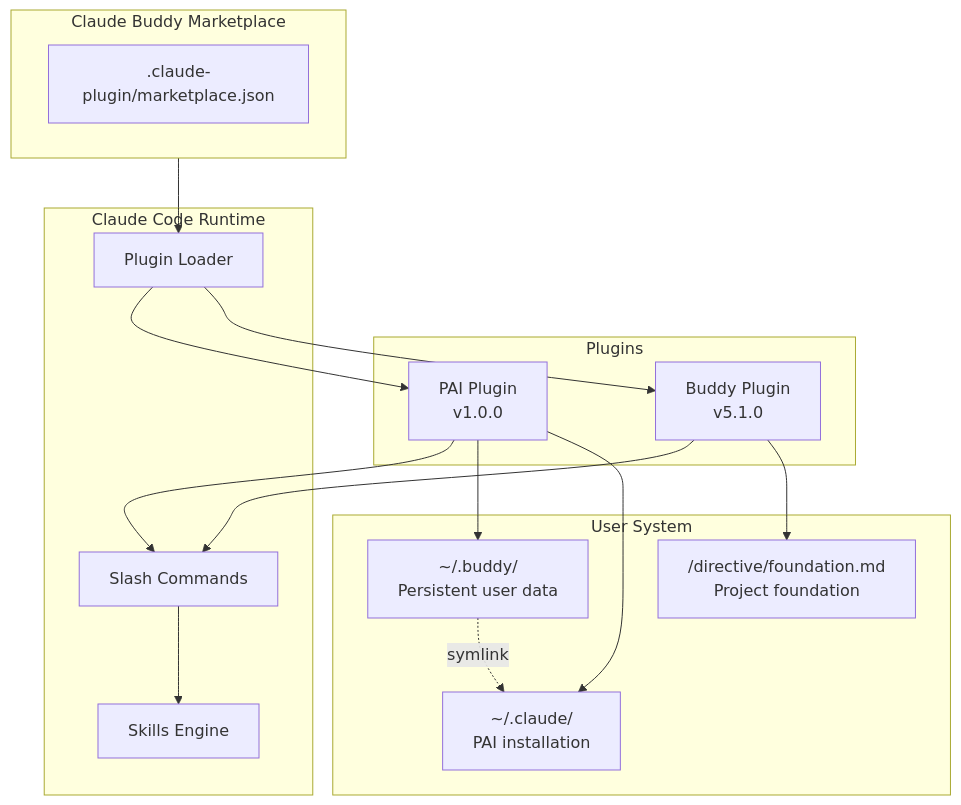
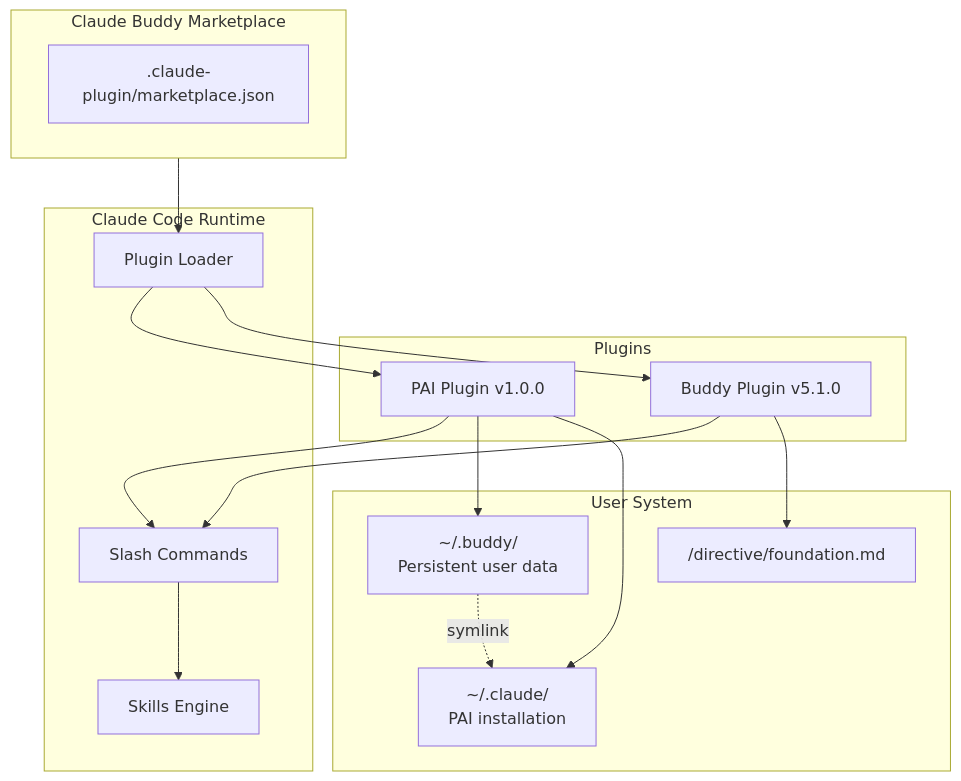
Before and after one commit to rsts-dev/claude-buddy-marketplace: the first of 2 diagrams in docs/architecture.md, drawn with Mermaid. The commit also changed other lines of this file and 21 other files, not shown here.

````diff
--- a/docs/architecture.md
+++ b/docs/architecture.md
@@ -7,34 +9,34 @@
 ```mermaid
 graph TB
     subgraph Marketplace["Claude Buddy Marketplace"]
         MJ[".claude-plugin/marketplace.json"]
     end
 
     subgraph Plugins
-        PAI["PAI Plugin<br/>v1.0.0"]
-        Buddy["Buddy Plugin<br/>v5.1.0"]
+        PAI["PAI Plugin v1.0.0"]
+        Buddy["Buddy Plugin v5.1.0"]
     end
 
     subgraph ClaudeCode["Claude Code Runtime"]
         CC["Plugin Loader"]
         Commands["Slash Commands"]
         Skills["Skills Engine"]
     end
 
     subgraph UserSystem["User System"]
         BuddyDir["~/.buddy/<br/>Persistent user data"]
         ClaudeDir["~/.claude/<br/>PAI installation"]
-        ProjectDir["/directive/foundation.md<br/>Project foundation"]
+        ProjectDir["/directive/foundation.md"]
     end
 
     Marketplace --> CC
     CC --> PAI
     CC --> Buddy
     PAI --> Commands
     Buddy --> Commands
     Commands --> Skills
     PAI --> BuddyDir
     PAI --> ClaudeDir
     Buddy --> ProjectDir
     BuddyDir -.->|symlink| ClaudeDir
 ```
````
